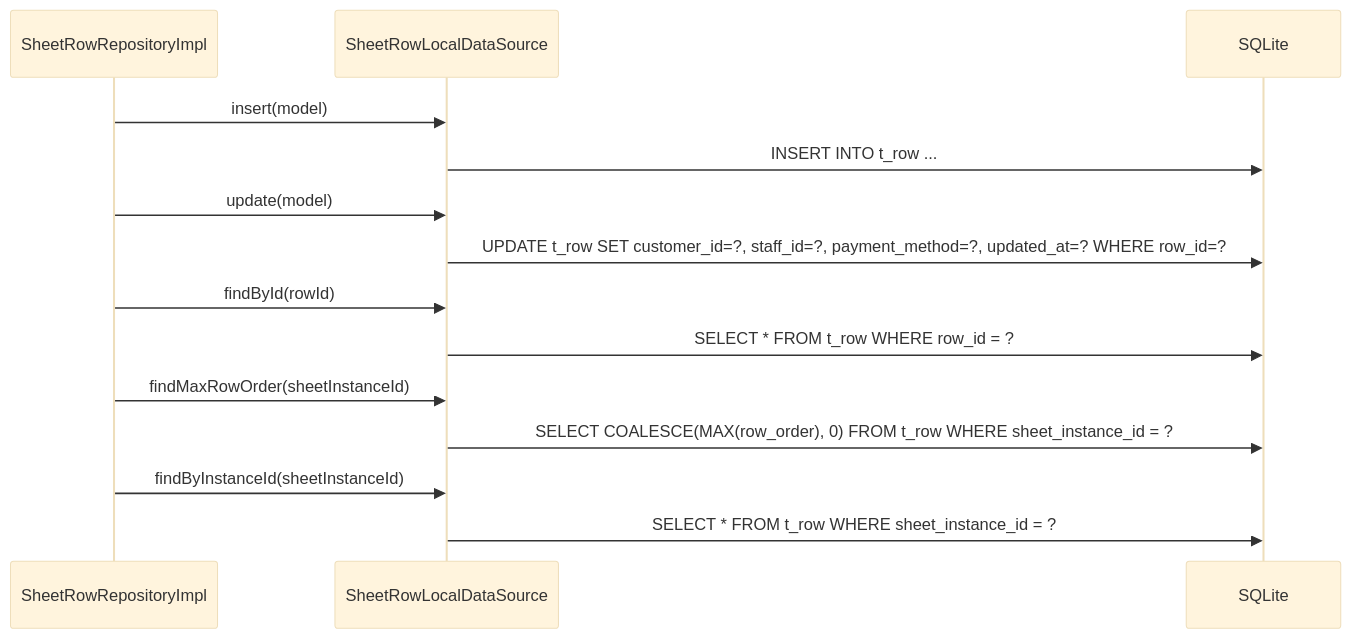
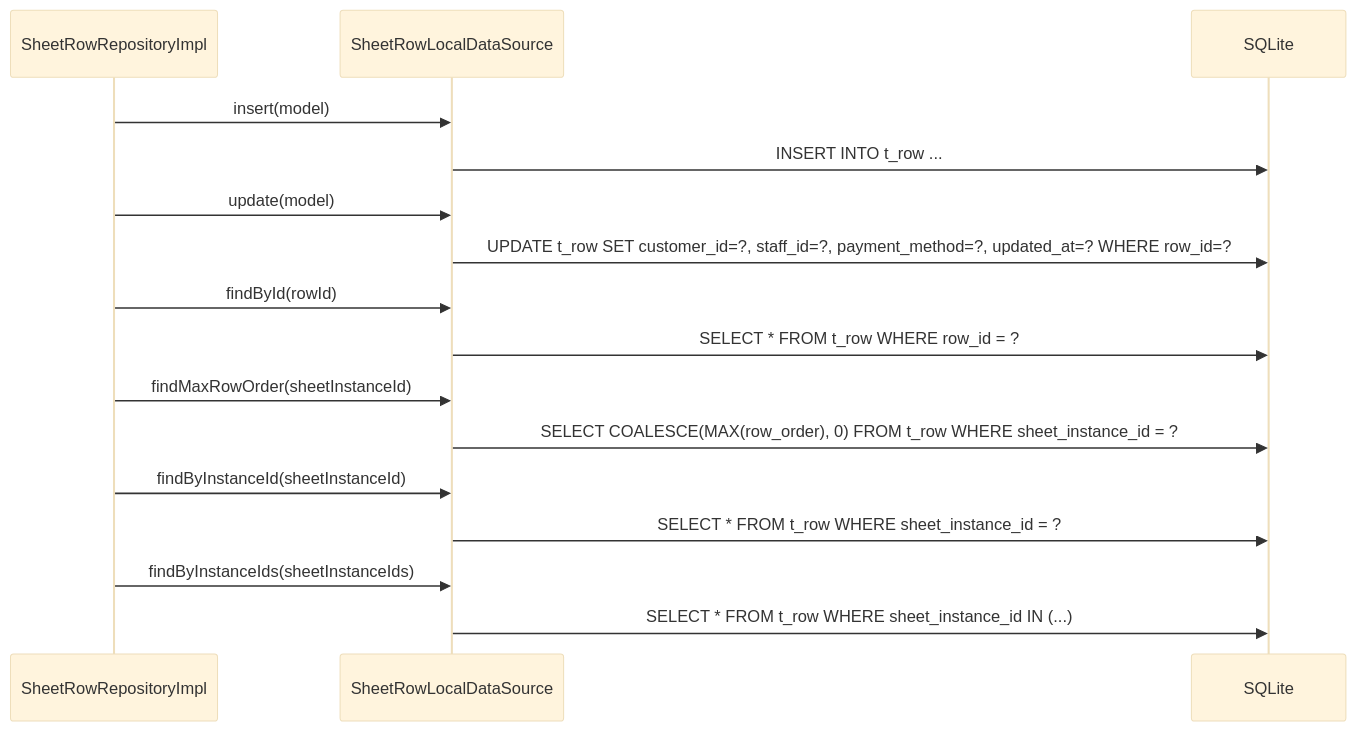
One commit to MinamiyamaKotaro/m3_pad changed the diagram in docs/design/lib/src/features/voucher/data/datasources/sheet_row_local_datasource.md. Above: the diagram before and after it, drawn with Mermaid (base theme). The commit also changed other lines of this file and 90 other files, not shown here.

````diff
--- a/docs/design/lib/src/features/voucher/data/datasources/sheet_row_local_datasource.md
+++ b/docs/design/lib/src/features/voucher/data/datasources/sheet_row_local_datasource.md
@@ -14,17 +15,19 @@
 ```mermaid
 sequenceDiagram
     participant R as SheetRowRepositoryImpl
     participant D as SheetRowLocalDataSource
     participant DB as SQLite
 
     R->>D: insert(model)
     D->>DB: INSERT INTO t_row ...
     R->>D: update(model)
     D->>DB: UPDATE t_row SET customer_id=?, staff_id=?, payment_method=?, updated_at=? WHERE row_id=?
     R->>D: findById(rowId)
     D->>DB: SELECT * FROM t_row WHERE row_id = ?
     R->>D: findMaxRowOrder(sheetInstanceId)
     D->>DB: SELECT COALESCE(MAX(row_order), 0) FROM t_row WHERE sheet_instance_id = ?
     R->>D: findByInstanceId(sheetInstanceId)
     D->>DB: SELECT * FROM t_row WHERE sheet_instance_id = ?
+    R->>D: findByInstanceIds(sheetInstanceIds)
+    D->>DB: SELECT * FROM t_row WHERE sheet_instance_id IN (...)
 ```
````
